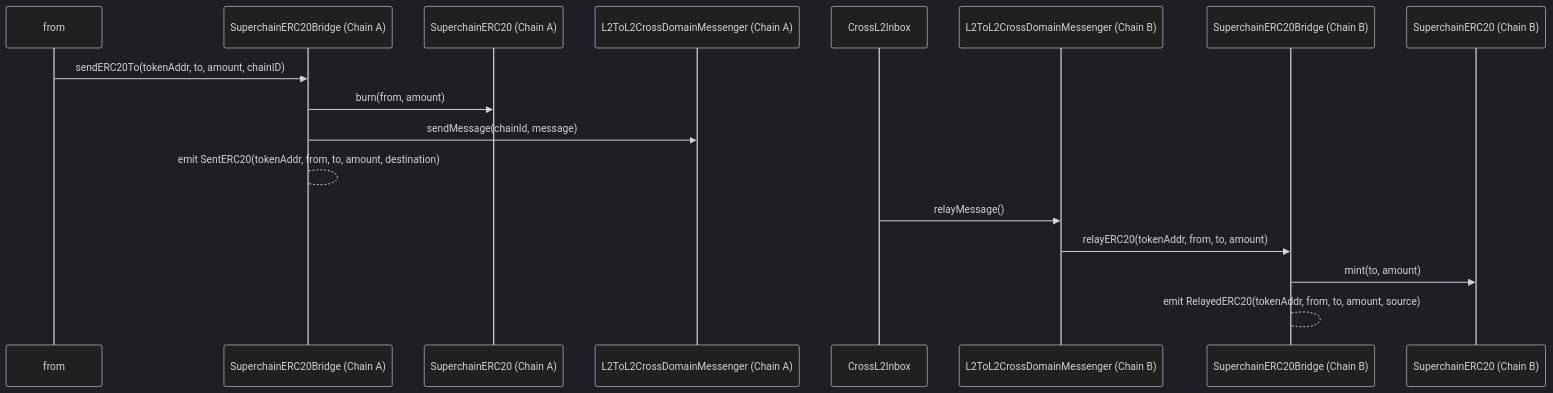
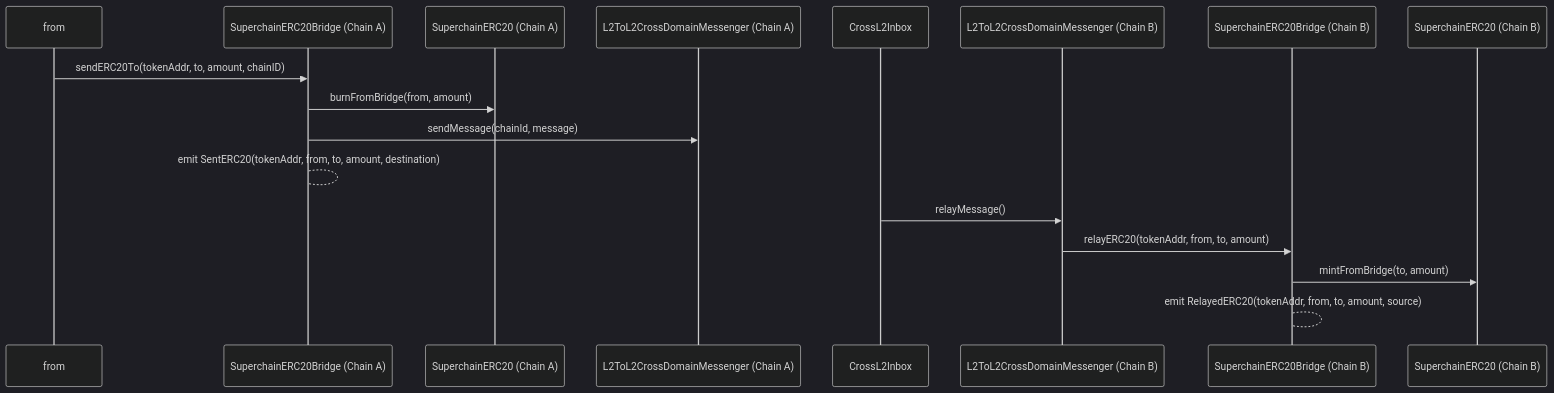
The third of 3 diagrams in specs/interop/predeploys.md (ethereum-optimism/specs), drawn with Mermaid (dark theme) before and after one commit. The commit also changed other lines of this file, not shown here.

Commit message:
feat: added references to the SuperchainERC20 interface in predeploys.md

````diff
--- a/specs/interop/predeploys.md
+++ b/specs/interop/predeploys.md
@@ -896,20 +906,20 @@
 ```mermaid
 sequenceDiagram
   participant from
   participant L2SBA as SuperchainERC20Bridge (Chain A)
   participant SuperERC20_A as SuperchainERC20 (Chain A)
   participant Messenger_A as L2ToL2CrossDomainMessenger (Chain A)
   participant Inbox as CrossL2Inbox
   participant Messenger_B as L2ToL2CrossDomainMessenger (Chain B)
   participant L2SBB as SuperchainERC20Bridge (Chain B)
   participant SuperERC20_B as SuperchainERC20 (Chain B)
 
   from->>L2SBA: sendERC20To(tokenAddr, to, amount, chainID)
-  L2SBA->>SuperERC20_A: burn(from, amount)
+  L2SBA->>SuperERC20_A: burnFromBridge(from, amount)
   L2SBA->>Messenger_A: sendMessage(chainId, message)
   L2SBA-->L2SBA: emit SentERC20(tokenAddr, from, to, amount, destination)
   Inbox->>Messenger_B: relayMessage()
   Messenger_B->>L2SBB: relayERC20(tokenAddr, from, to, amount)
-  L2SBB->>SuperERC20_B: mint(to, amount)
+  L2SBB->>SuperERC20_B: mintFromBridge(to, amount)
   L2SBB-->L2SBB: emit RelayedERC20(tokenAddr, from, to, amount, source)
 ```
````
